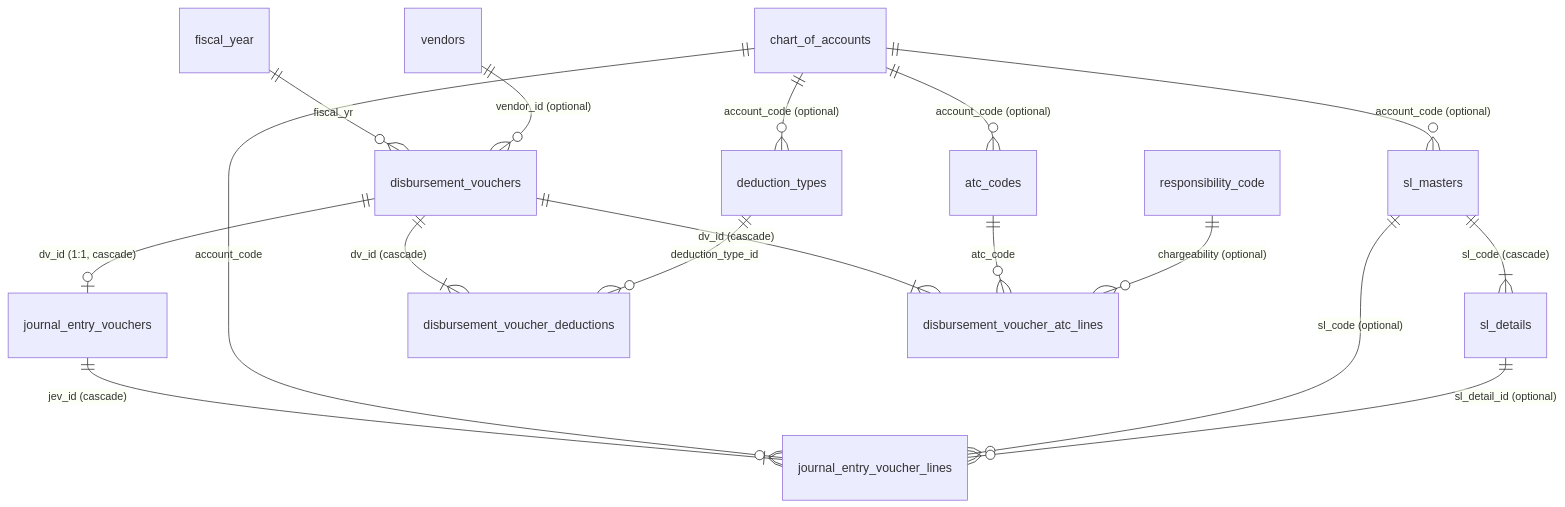
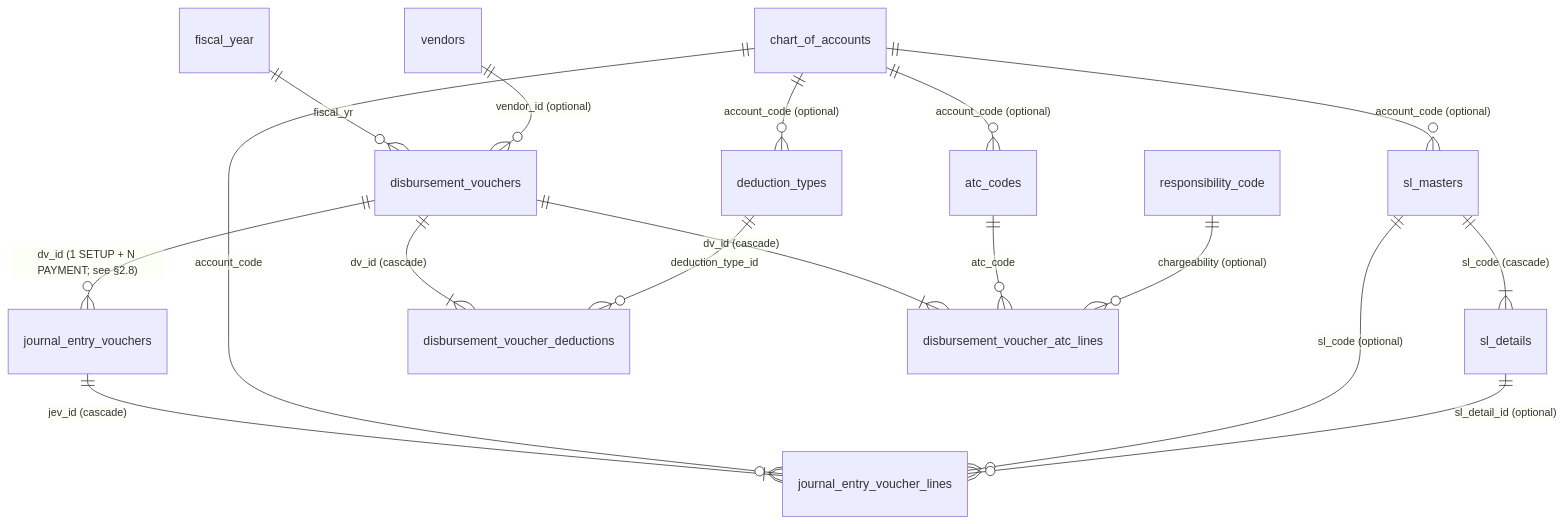
Before and after one commit to A-team-ITBS/fims-nha: the sixth of 12 diagrams in system_docs/ERD/README.md, drawn with Mermaid. The commit also changed other lines of this file and 21 other files, not shown here.

First line of the commit message:
feat: Extend Disbursement Voucher and Journal Entry Voucher functionality

````diff
--- a/system_docs/ERD/README.md
+++ b/system_docs/ERD/README.md
@@ -222,19 +233,19 @@
 ```mermaid
 erDiagram
     fiscal_year ||--o{ disbursement_vouchers : "fiscal_yr"
     vendors ||--o{ disbursement_vouchers : "vendor_id (optional)"
-    disbursement_vouchers ||--o| journal_entry_vouchers : "dv_id (1:1, cascade)"
+    disbursement_vouchers ||--o{ journal_entry_vouchers : "dv_id (1 SETUP + N PAYMENT; see §2.8)"
     journal_entry_vouchers ||--|{ journal_entry_voucher_lines : "jev_id (cascade)"
     chart_of_accounts ||--o{ journal_entry_voucher_lines : "account_code"
     sl_masters ||--o{ journal_entry_voucher_lines : "sl_code (optional)"
     sl_details ||--o{ journal_entry_voucher_lines : "sl_detail_id (optional)"
     sl_masters ||--|{ sl_details : "sl_code (cascade)"
     chart_of_accounts ||--o{ sl_masters : "account_code (optional)"
     disbursement_vouchers ||--|{ disbursement_voucher_deductions : "dv_id (cascade)"
     deduction_types ||--o{ disbursement_voucher_deductions : "deduction_type_id"
     chart_of_accounts ||--o{ deduction_types : "account_code (optional)"
     disbursement_vouchers ||--|{ disbursement_voucher_atc_lines : "dv_id (cascade)"
     atc_codes ||--o{ disbursement_voucher_atc_lines : "atc_code"
     chart_of_accounts ||--o{ atc_codes : "account_code (optional)"
     responsibility_code ||--o{ disbursement_voucher_atc_lines : "chargeability (optional)"
 ```
````
